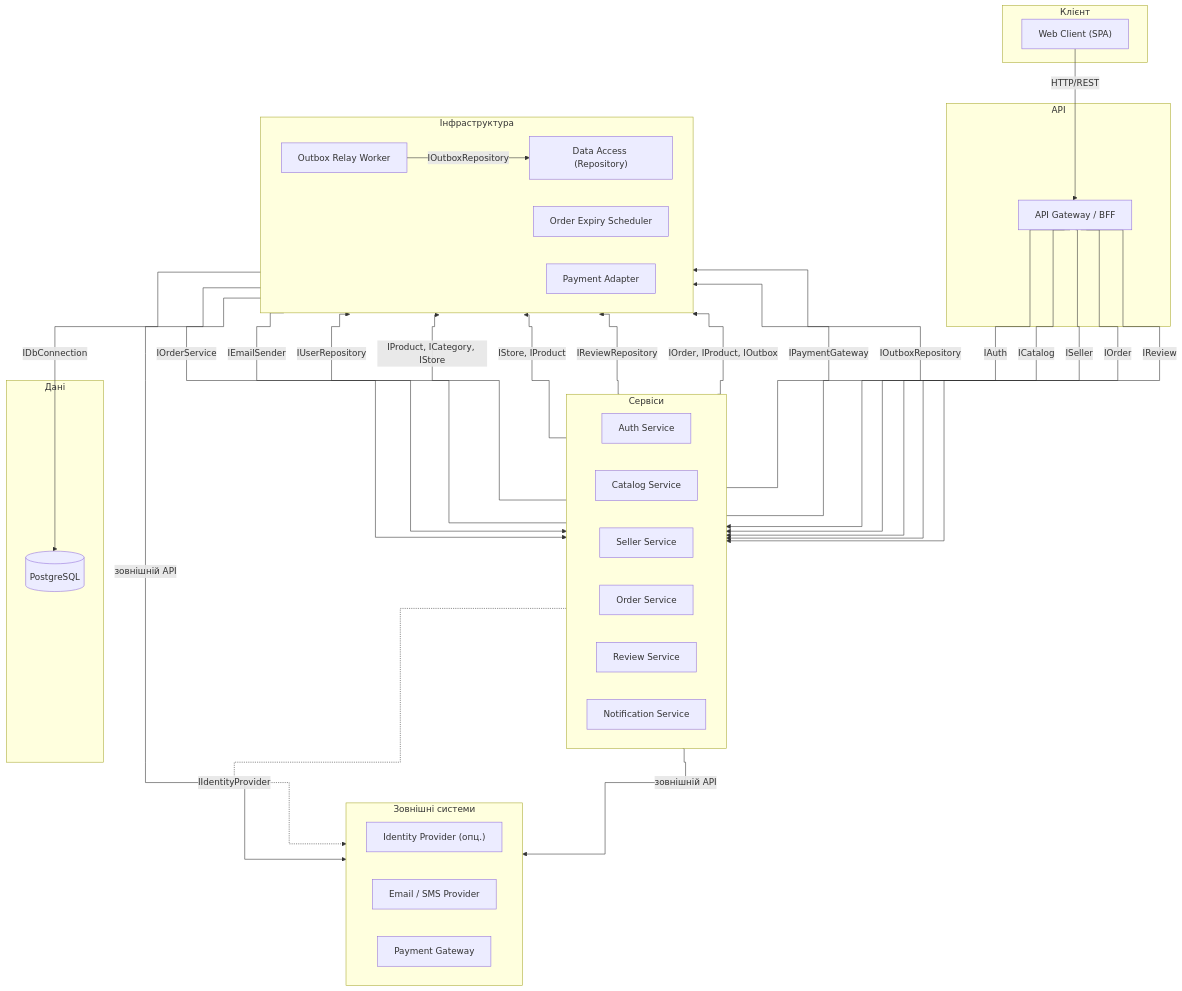
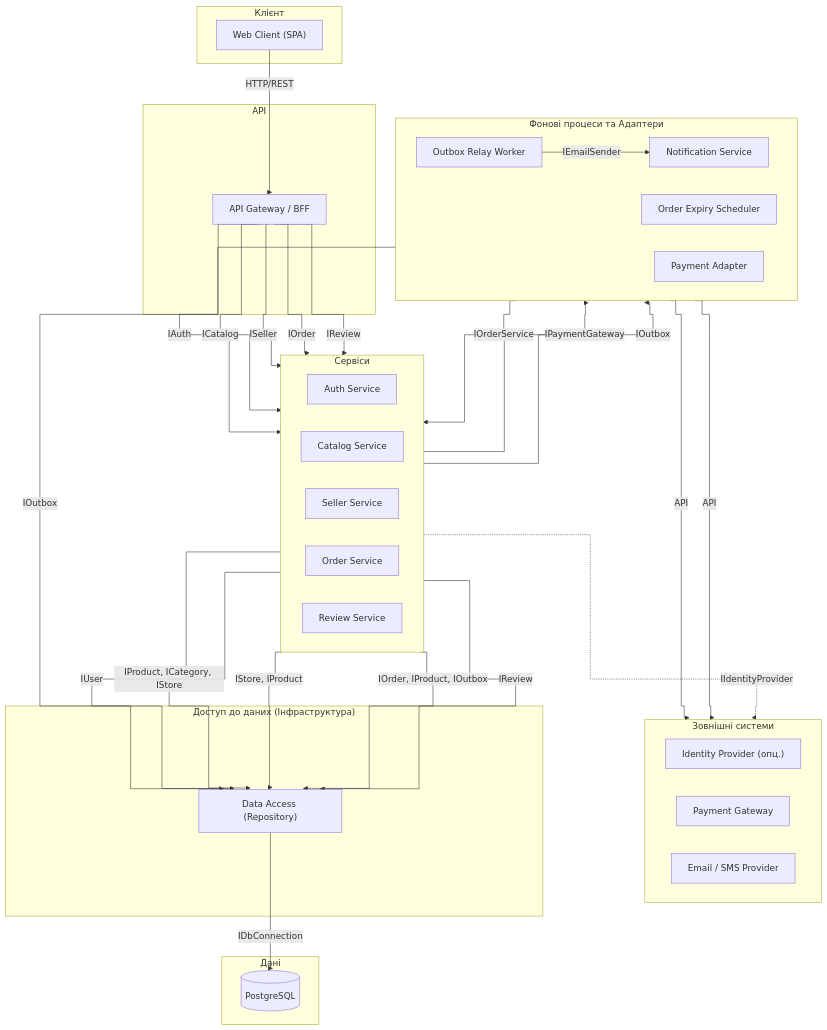
Before and after one commit to Stefect/Modeling-and-Analysis-of-Software-Requirements: the diagram in task-5/component.md, drawn with Mermaid.

Commit message:
refactor: реорганізовано підграфи (Workers, DAL, External) та скорочено мітки

````diff
--- a/task-5/component.md
+++ b/task-5/component.md
@@ -9,79 +9,80 @@
 ```mermaid
 %%{init: {"flowchart": {"curve": "step"}}}%%
 flowchart TB
     %% --- Клієнт ---
     subgraph Client["Клієнт"]
         WebClient["Web Client (SPA)"]
     end
 
     %% --- API ---
     subgraph API["API"]
         Gateway["API Gateway / BFF"]
     end
 
     %% --- Сервіси ---
     subgraph Services["Сервіси"]
         direction LR
         AuthService["Auth Service"]
         CatalogService["Catalog Service"]
         SellerService["Seller Service"]
         OrderService["Order Service"]
         ReviewService["Review Service"]
-        NotificationService["Notification Service"]
     end
 
-    %% --- Інфраструктура ---
-    subgraph Infra["Інфраструктура"]
+    %% --- Воркери та адаптери (теж інфраструктура, але верхній шар) ---
+    subgraph Workers["Фонові процеси та Адаптери"]
         direction LR
-        DataAccess["Data Access (Repository)"]
-        OutboxRelay["Outbox Relay Worker"]
+        NotificationService["Notification Service"]
         ExpiryScheduler["Order Expiry Scheduler"]
         PaymentAdapter["Payment Adapter"]
-    end
-
-    %% --- База даних ---
-    subgraph Data["Дані"]
-        Database[("PostgreSQL")]
+        OutboxRelay["Outbox Relay Worker"]
     end
 
     %% --- Зовнішні системи ---
     subgraph External["Зовнішні системи"]
         direction LR
         IdentityProvider["Identity Provider (опц.)"]
+        PaymentGateway["Payment Gateway"]
         EmailProvider["Email / SMS Provider"]
-        PaymentGateway["Payment Gateway"]
     end
 
-    %% --- Зв'язки (Клієнт -> API) ---
+    %% --- База та доступ до неї ---
+    subgraph DAL["Доступ до даних (Інфраструктура)"]
+        DataAccess["Data Access (Repository)"]
+    end
+
+    subgraph Data["Дані"]
+        Database[("PostgreSQL")]
+    end
+
+    %% ==========================================
+    %% ЗВ'ЯЗКИ (Згори донизу)
+    %% ==========================================
+
     WebClient -->|HTTP/REST| Gateway
 
-    %% --- Зв'язки (API -> Сервіси) ---
     Gateway -->|IAuth| AuthService
     Gateway -->|ICatalog| CatalogService
     Gateway -->|ISeller| SellerService
     Gateway -->|IOrder| OrderService
     Gateway -->|IReview| ReviewService
 
-    %% --- Зв'язки (Сервіси -> Інфраструктура / БД) ---
-    AuthService -->|IUserRepository| DataAccess
     AuthService -.->|IIdentityProvider| IdentityProvider
+    PaymentAdapter -->|API| PaymentGateway
+    NotificationService -->|API| EmailProvider
 
+    ExpiryScheduler -->|IOrderService| OrderService
+    OrderService -->|IPaymentGateway| PaymentAdapter
+    OrderService -->|IOutbox| OutboxRelay
+    OutboxRelay -->|IEmailSender| NotificationService
+
+    %% Зв'язки до репозиторію (йдуть строго вниз)
+    AuthService -->|IUser| DataAccess
     CatalogService -->|IProduct, ICategory, IStore| DataAccess
     SellerService -->|IStore, IProduct| DataAccess
-    ReviewService -->|IReviewRepository| DataAccess
+    OrderService -->|IOrder, IProduct, IOutbox| DataAccess
+    ReviewService -->|IReview| DataAccess
+    OutboxRelay -->|IOutbox| DataAccess
 
-    OrderService -->|IOrder, IProduct, IOutbox| DataAccess
-    OrderService -->|IPaymentGateway| PaymentAdapter
-    OrderService -->|IOutboxRepository| OutboxRelay
-
-    ExpiryScheduler -->|IOrderService| OrderService
-
-    OutboxRelay -->|IOutboxRepository| DataAccess
-    OutboxRelay -->|IEmailSender| NotificationService
-
-    NotificationService -->|зовнішній API| EmailProvider
-    PaymentAdapter -->|зовнішній API| PaymentGateway
-
-    %% --- БД ---
     DataAccess -->|IDbConnection| Database
 ```
````
